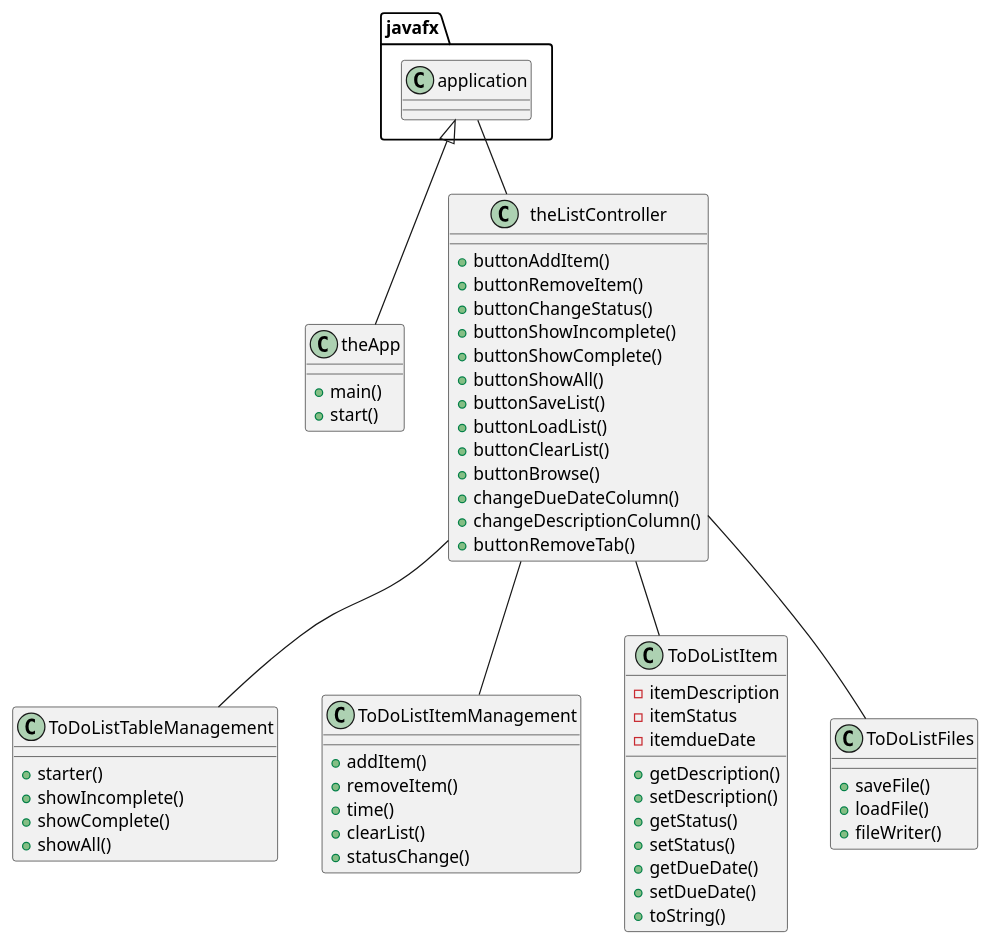
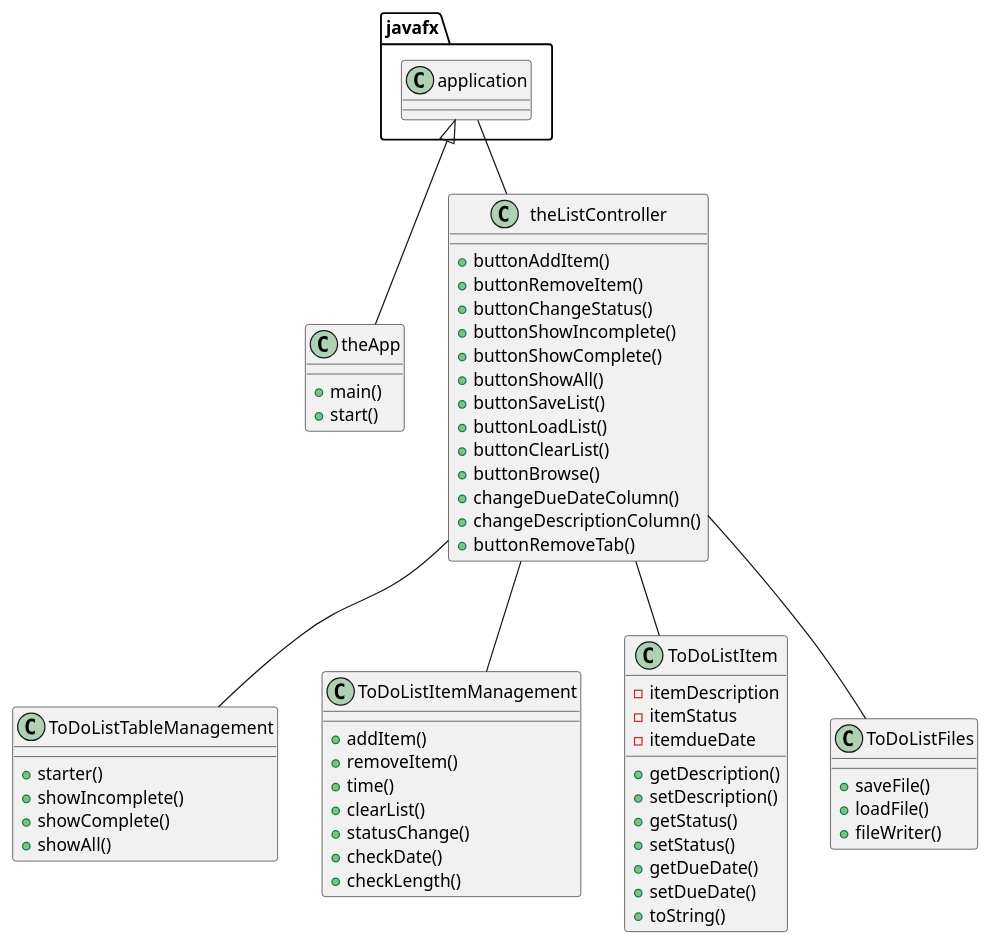
Before and after one commit to AwesomeDin/dinesh-cop3330-assignment4part2: the diagram in uml/Assignment4.puml, drawn with PlantUML.

Commit message:
updated uml to reflect new functions

```diff
--- a/uml/Assignment4.puml
+++ b/uml/Assignment4.puml
@@ -1,66 +1,68 @@
 @startuml
 'https://plantuml.com/class-diagram
 
 javafx.application <|-- theApp
 javafx.application -- theListController
 theListController -- ToDoListTableManagement
 theListController -- ToDoListItemManagement
 theListController -- ToDoListItem
 theListController -- ToDoListFiles
 
 class theApp {
 +main()
 +start()
 }
 
 class theListController {
 +buttonAddItem()
 +buttonRemoveItem()
 +buttonChangeStatus()
 +buttonShowIncomplete()
 +buttonShowComplete()
 +buttonShowAll()
 +buttonSaveList()
 +buttonLoadList()
 +buttonClearList()
 +buttonBrowse()
 +changeDueDateColumn()
 +changeDescriptionColumn()
 +buttonRemoveTab()
 }
 
 class ToDoListFiles {
 +saveFile()
 +loadFile()
 +fileWriter()
 }
 
 class ToDoListItem {
 -itemDescription
 -itemStatus
 -itemdueDate
 +getDescription()
 +setDescription()
 +getStatus()
 +setStatus()
 +getDueDate()
 +setDueDate()
 +toString()
 }
 
 class ToDoListItemManagement {
 +addItem()
 +removeItem()
 +time()
 +clearList()
 +statusChange()
++checkDate()
++checkLength()
 }
 
 class ToDoListTableManagement {
 +starter()
 +showIncomplete()
 +showComplete()
 +showAll()
 }
 
 @enduml
```
